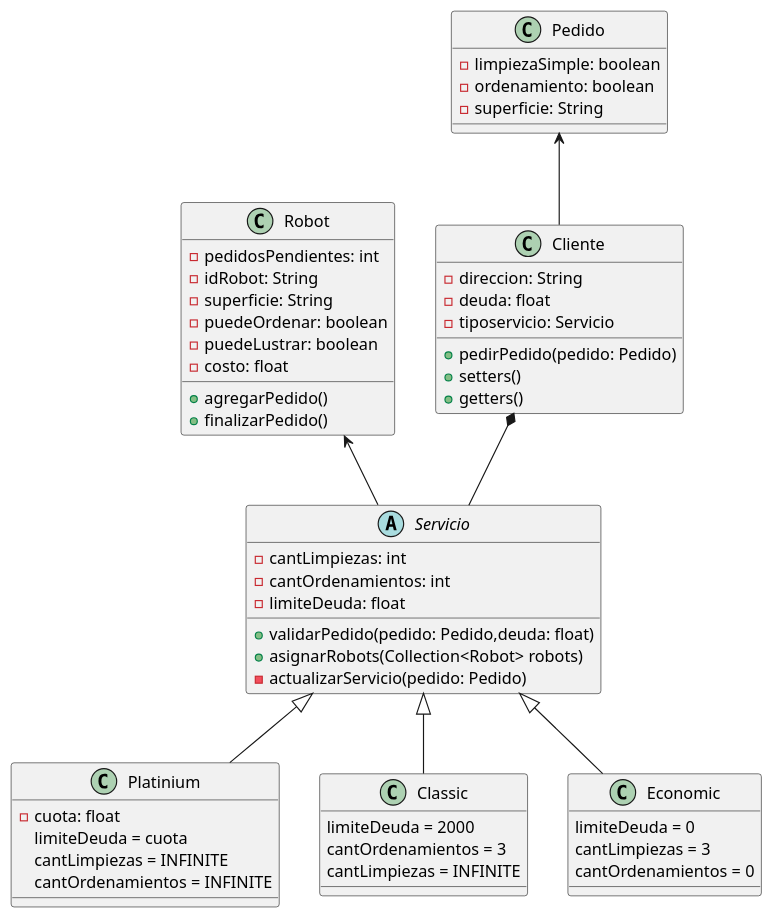
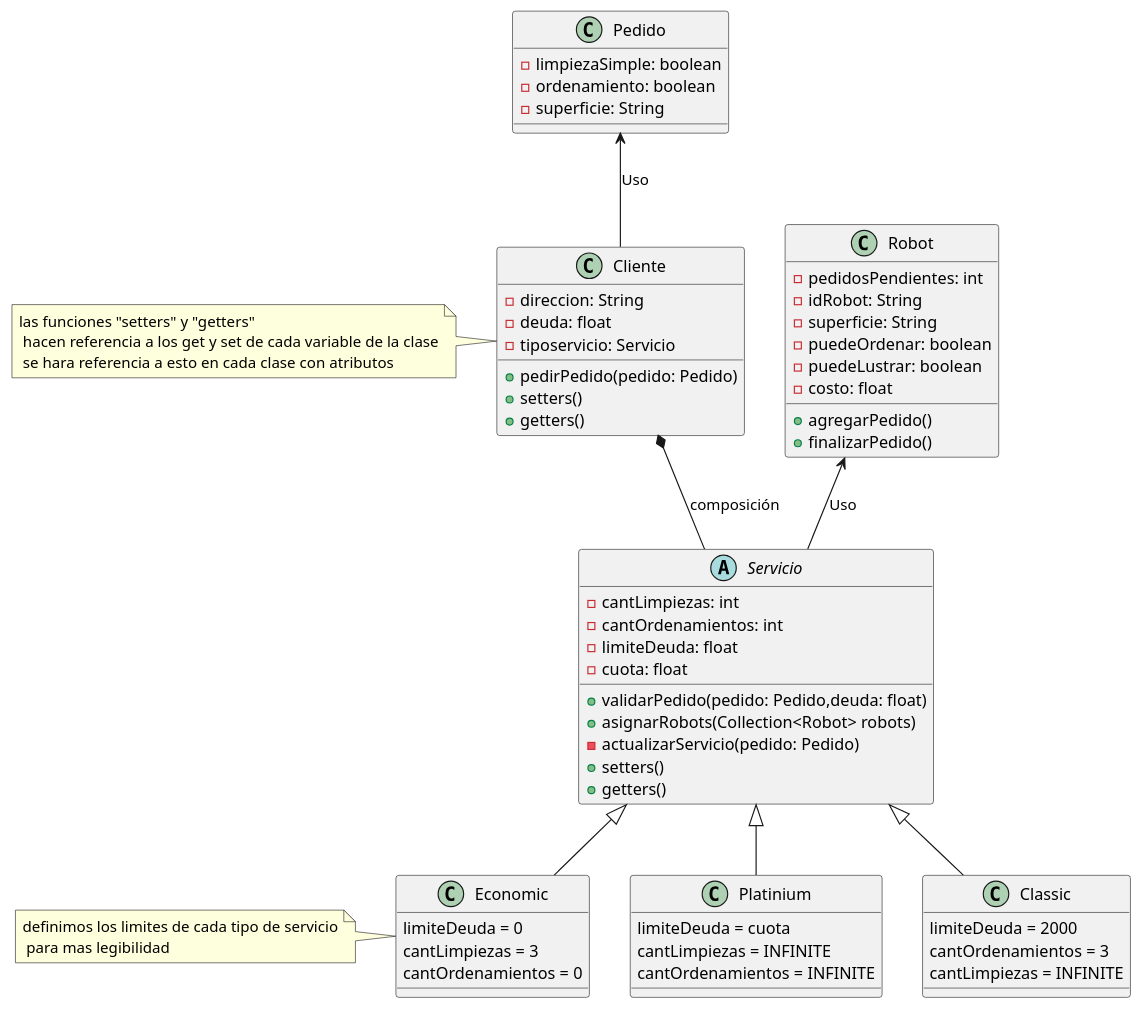
The diagram in src/main/java/com/grupo4/trabajo/diagrama.puml (bacarvalho/TrabajoPractico), drawn with PlantUML before and after one commit. The commit also changed 1 other file, not shown here.

Commit message:
diagrama actualizado
se actualizo el diagrama de clases y se añadio una imagen png del mismo

```diff
--- a/src/main/java/com/grupo4/trabajo/diagrama.puml
+++ b/src/main/java/com/grupo4/trabajo/diagrama.puml
@@ -1,73 +1,76 @@
 @startuml
 'https://plantuml.com/class-diagram
 
 class Cliente{
 -direccion: String
 -deuda: float
 -tiposervicio: Servicio
 
 
 +pedirPedido(pedido: Pedido)
 +setters()
 +getters()
 }
 
 abstract class Servicio{
 - cantLimpiezas: int
 - cantOrdenamientos: int
 - limiteDeuda: float
+ -cuota: float
 
 +validarPedido(pedido: Pedido,deuda: float)
 +asignarRobots(Collection<Robot> robots)
 -actualizarServicio(pedido: Pedido)
++setters()
++getters()
 }
 
 class Robot{
 - pedidosPendientes: int
 - idRobot: String
 - superficie: String
 - puedeOrdenar: boolean
 - puedeLustrar: boolean
 - costo: float
 
 +agregarPedido()
 +finalizarPedido()
 }
 
 Servicio <|-- Platinium
 Servicio <|-- Classic
 Servicio <|-- Economic
 
-Robot <-- Servicio
-Pedido <-- Cliente
+Robot <-- Servicio : Uso
+Pedido <--  Cliente : Uso
 
 class Platinium{
--cuota: float
 limiteDeuda = cuota
 cantLimpiezas = INFINITE
 cantOrdenamientos = INFINITE
 }
 class Classic{
 limiteDeuda = 2000
 cantOrdenamientos = 3
 cantLimpiezas = INFINITE
 }
 
 class Economic{
 limiteDeuda = 0
 cantLimpiezas = 3
 cantOrdenamientos = 0
 }
 
 
-Cliente *-- Servicio
+Cliente *--  Servicio : composición
 
 class Pedido{
 - limpiezaSimple: boolean
 - ordenamiento: boolean
 - superficie: String
 }
 
-
+note left of Economic : definimos los limites de cada tipo de servicio\n para mas legibilidad
+note left of Cliente : las funciones "setters" y "getters" \n hacen referencia a los get y set de cada variable de la clase\n se hara referencia a esto en cada clase con atributos
 
 @enduml
```
